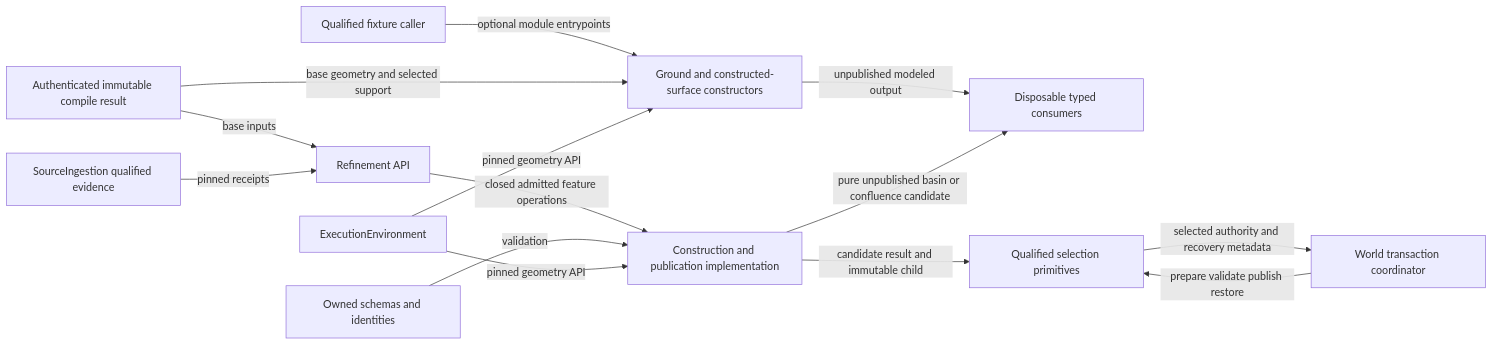
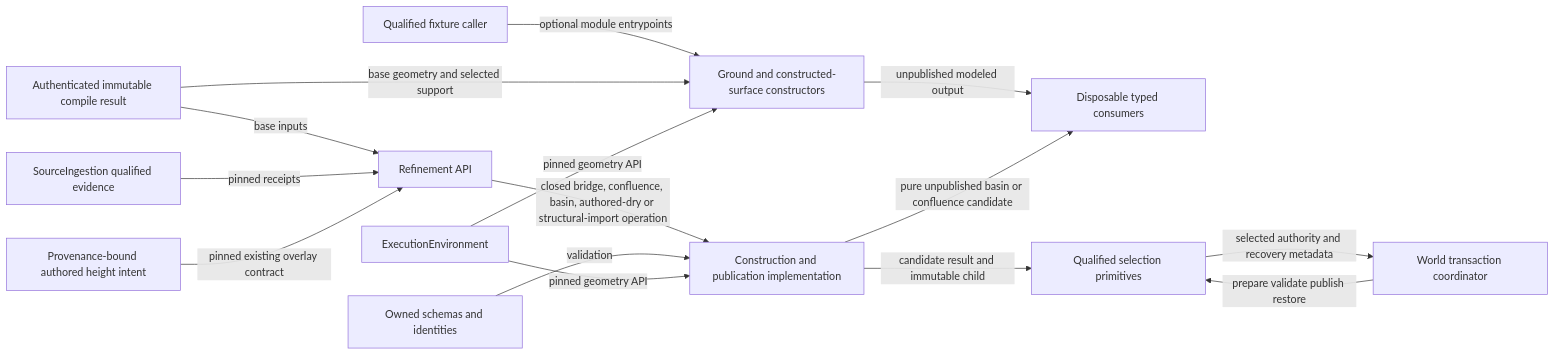
One commit to fallintodusk/alis changed the diagram in tools/World/CanonicalCompilation/refinement/docs/architecture/diagrams/main.md. Above: the diagram before and after it, drawn with Mermaid. The commit also changed other lines of this file and 396 other files, not shown here.

````diff
--- a/tools/World/CanonicalCompilation/refinement/docs/architecture/diagrams/main.md
+++ b/tools/World/CanonicalCompilation/refinement/docs/architecture/diagrams/main.md
@@ -3,16 +3,17 @@
 ```mermaid
 flowchart LR
     Base[Authenticated immutable compile result] -->|base inputs| API[Refinement API]
     Evidence[SourceIngestion qualified evidence] -->|pinned receipts| API
     Caller[Qualified fixture caller] -->|optional module entrypoints| Pure[Ground and constructed-surface constructors]
     Base -->|base geometry and selected support| Pure
     Pure -->|unpublished modeled output| Fixture[Disposable typed consumers]
-    API -->|closed admitted feature operations| Impl[Construction and publication implementation]
+    Intent[Provenance-bound authored height intent] -->|pinned existing overlay contract| API
+    API -->|closed bridge, confluence, basin, authored-dry or structural-import operation| Impl[Construction and publication implementation]
     Impl -->|pure unpublished basin or confluence candidate| Fixture
     Contracts[Owned schemas and identities] -->|validation| Impl
     Native[ExecutionEnvironment] -->|pinned geometry API| Pure
     Native -->|pinned geometry API| Impl
     Impl -->|candidate result and immutable child| Selection[Qualified selection primitives]
     Coordinator[World transaction coordinator] -->|prepare validate publish restore| Selection
     Selection -->|selected authority and recovery metadata| Coordinator
 ```
````
